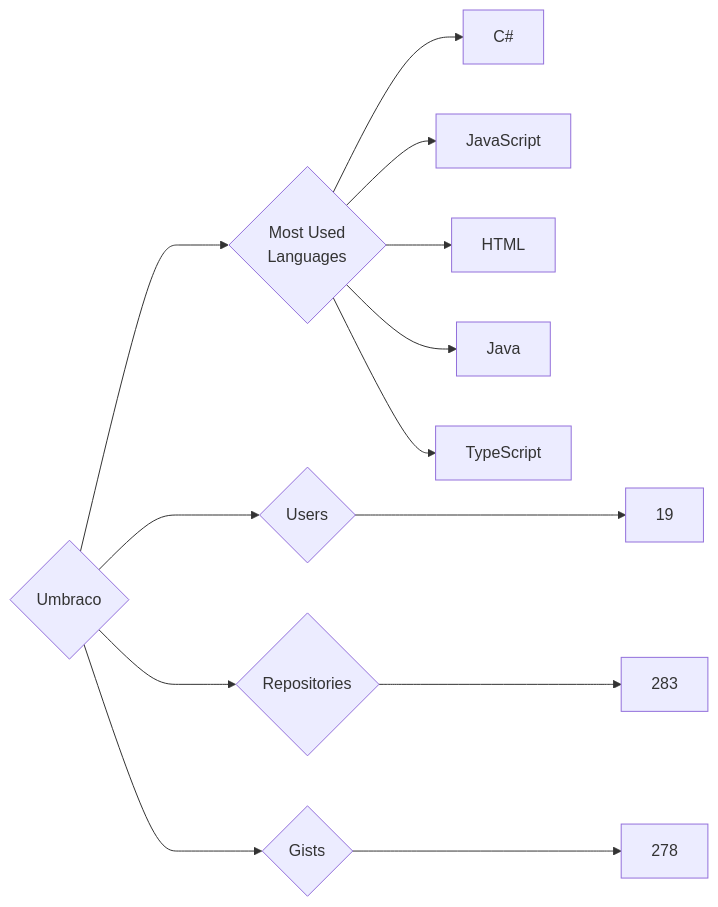
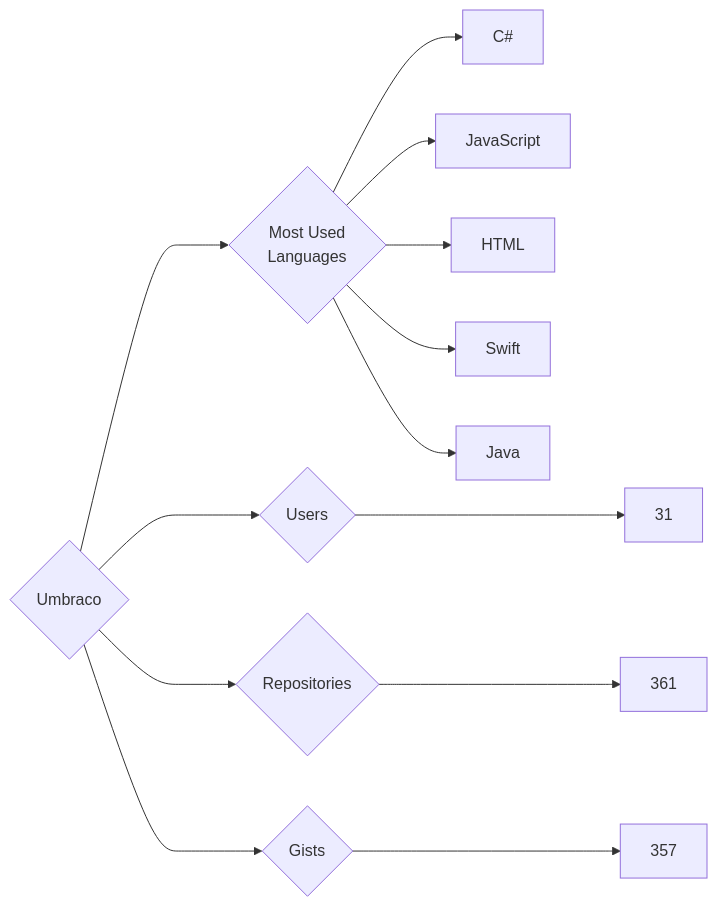
The diagram in targets/Umbraco/README.md (trickest/insiders), drawn with Mermaid before and after one commit. The commit also changed 912 other files, not shown here.

````diff
--- a/targets/Umbraco/README.md
+++ b/targets/Umbraco/README.md
@@ -3,13 +3,13 @@
 ```mermaid
 graph LR
 COMPANY_NAME{Umbraco}
-COMPANY_NAME ---> U{Users} ---> UN[19]
-COMPANY_NAME ---> R{Repositories} ---> RN[283]
-COMPANY_NAME ---> G{Gists} ---> GN[278]
+COMPANY_NAME ---> U{Users} ---> UN[31]
+COMPANY_NAME ---> R{Repositories} ---> RN[361]
+COMPANY_NAME ---> G{Gists} ---> GN[357]
 COMPANY_NAME ---> ML{Most Used<br>Languages}
 ML --> C#[C#]
 ML --> JavaScript[JavaScript]
 ML --> HTML[HTML]
+ML --> Swift[Swift]
 ML --> Java[Java]
-ML --> TypeScript[TypeScript]
 ```
````
